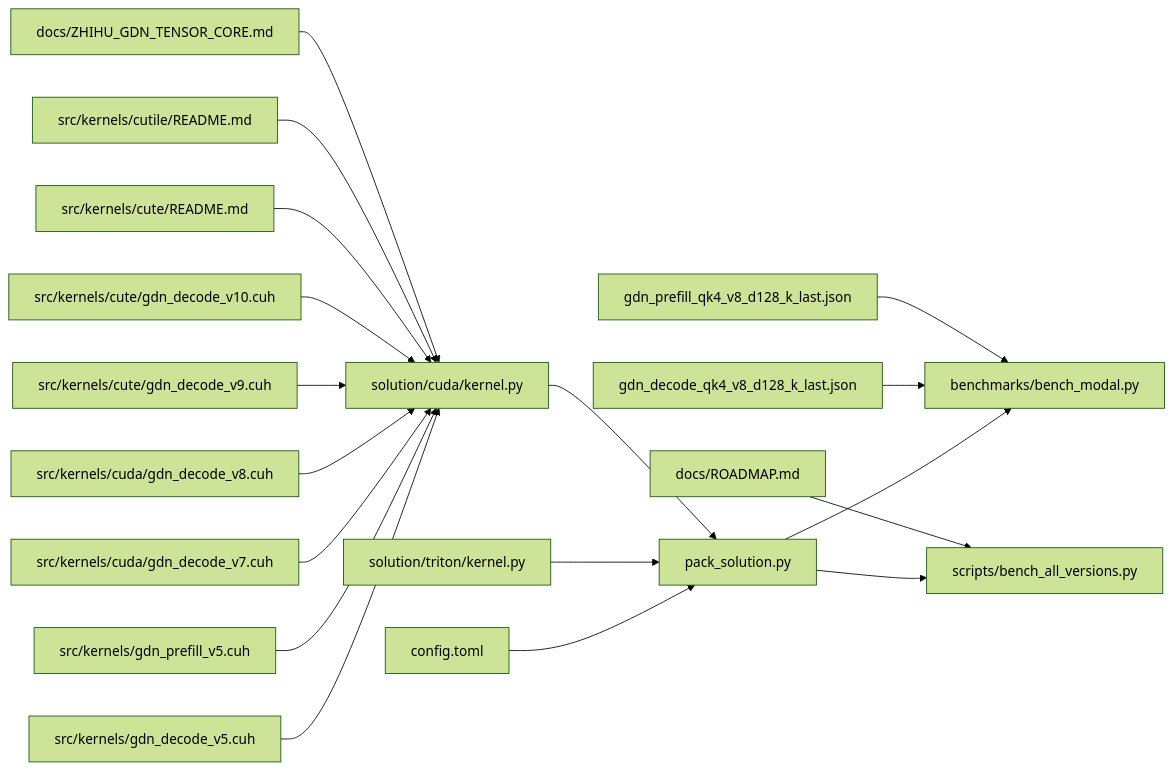
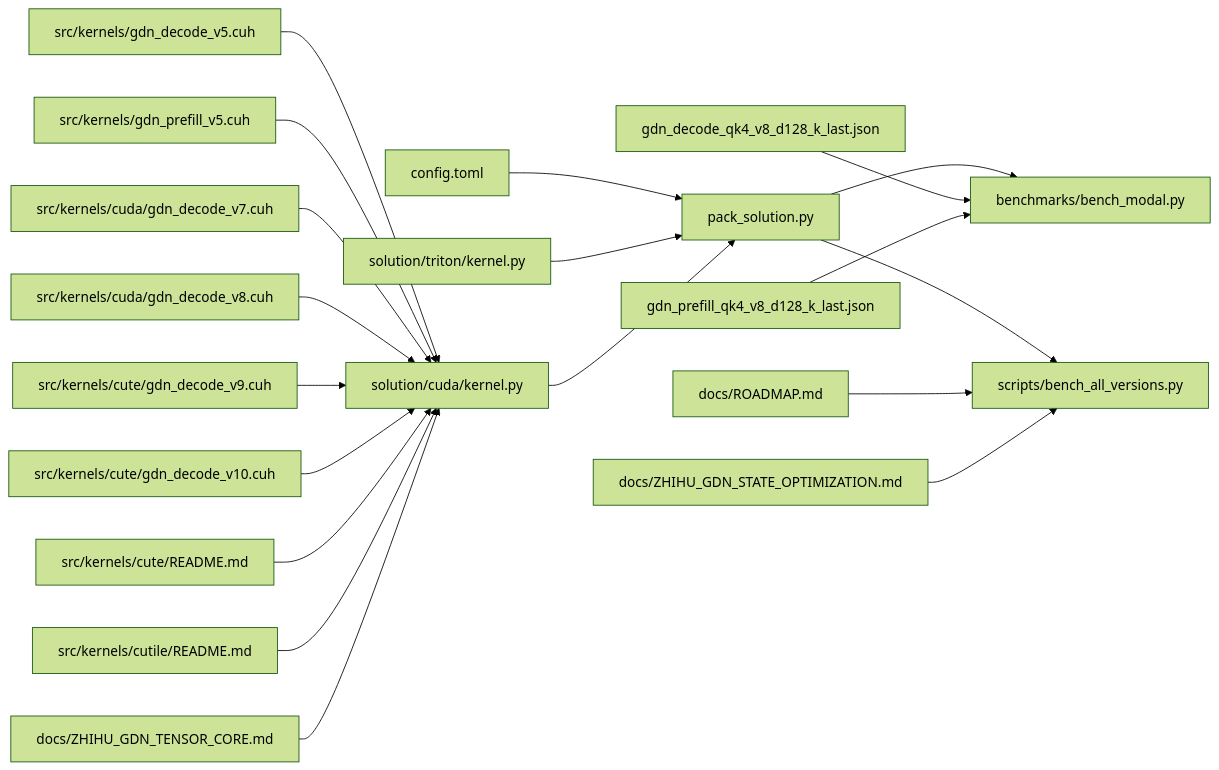
Diagram 12 of 12 in .qoder/repowiki/en/content/Optimization Strategies.md (gugudeshubao/flashinfer-bench-tma-thrust), drawn with Mermaid (forest theme) before and after one commit. The commit also changed other lines of this file and 9 other files, not shown here.

````diff
--- a/.qoder/repowiki/en/content/Optimization Strategies.md
+++ b/.qoder/repowiki/en/content/Optimization Strategies.md
@@ -789,20 +921,21 @@
 ```mermaid
 graph LR
 CFG["config.toml"] --> PACK["pack_solution.py"]
 SOL_TRITON["solution/triton/kernel.py"] --> PACK
 SOL_CUDA["solution/cuda/kernel.py"] --> PACK
 CUDA_SRC["src/kernels/gdn_decode_v5.cuh"] --> SOL_CUDA
 CUDA_SRC2["src/kernels/gdn_prefill_v5.cuh"] --> SOL_CUDA
 CUDA_V7["src/kernels/cuda/gdn_decode_v7.cuh"] --> SOL_CUDA
 CUDA_V8["src/kernels/cuda/gdn_decode_v8.cuh"] --> SOL_CUDA
 CUDA_V9["src/kernels/cute/gdn_decode_v9.cuh"] --> SOL_CUDA
 CUDA_V10["src/kernels/cute/gdn_decode_v10.cuh"] --> SOL_CUDA
 PACK --> BENCH["benchmarks/bench_modal.py"]
 PACK --> ALL_BENCH["scripts/bench_all_versions.py"]
 DEF1["gdn_decode_qk4_v8_d128_k_last.json"] --> BENCH
 DEF2["gdn_prefill_qk4_v8_d128_k_last.json"] --> BENCH
 ROADMAP["docs/ROADMAP.md"] --> ALL_BENCH
+STATE_OPT["docs/ZHIHU_GDN_STATE_OPTIMIZATION.md"] --> ALL_BENCH
 CUTLASS["src/kernels/cute/README.md"] --> SOL_CUDA
 CUTILE["src/kernels/cutile/README.md"] --> SOL_CUDA
 TC_EVOLUTION["docs/ZHIHU_GDN_TENSOR_CORE.md"] --> SOL_CUDA
 ```
````
